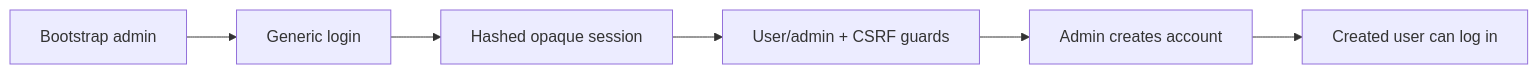
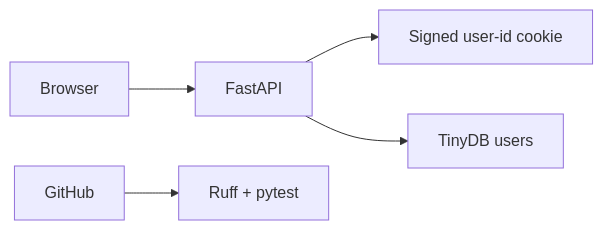
Before and after one commit to komaksym/booksy-assignment: the second of 5 diagrams in docs/superpowers/plans/2026-07-22-hardware-hub-roadmap.md, drawn with Mermaid. The commit also changed other lines of this file and 3 other files, not shown here.

First line of the commit message:
docs(roadmap): focus MVP delivery

````diff
--- a/docs/superpowers/plans/2026-07-22-hardware-hub-roadmap.md
+++ b/docs/superpowers/plans/2026-07-22-hardware-hub-roadmap.md
@@ -453,8 +232,7 @@
-  ```mermaid
-  flowchart LR
-      Admin["Bootstrap admin"] --> Login["Generic login"]
-      Login --> Session["Hashed opaque session"]
-      Session --> Guard["User/admin + CSRF guards"]
-      Guard --> Create["Admin creates account"]
-      Create --> User["Created user can log in"]
-  ```
+```mermaid
+flowchart LR
+    Browser --> FastAPI
+    FastAPI --> SignedCookie["Signed user-id cookie"]
+    FastAPI --> Users["TinyDB users"]
+    GitHub --> Checks["Ruff + pytest"]
+```
````
